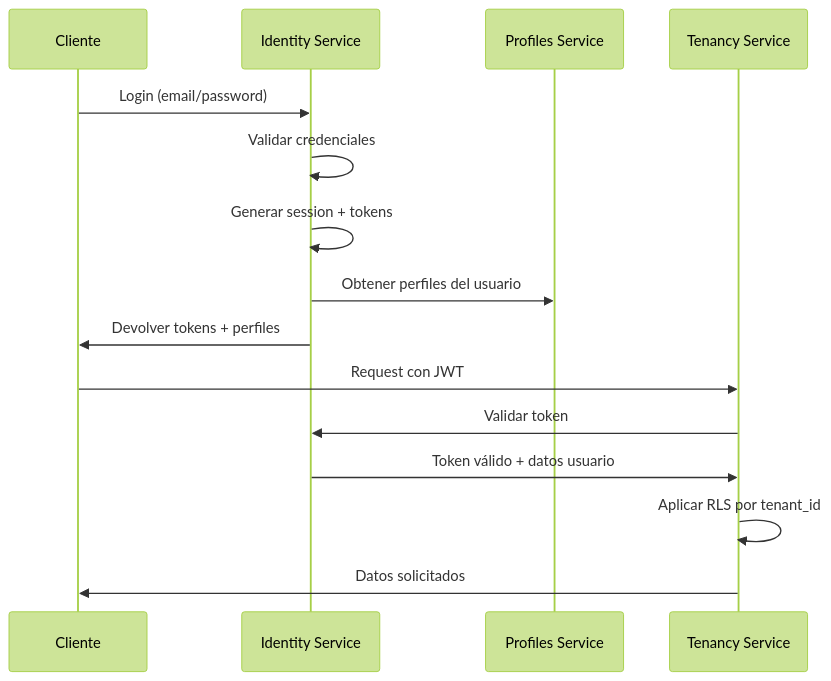
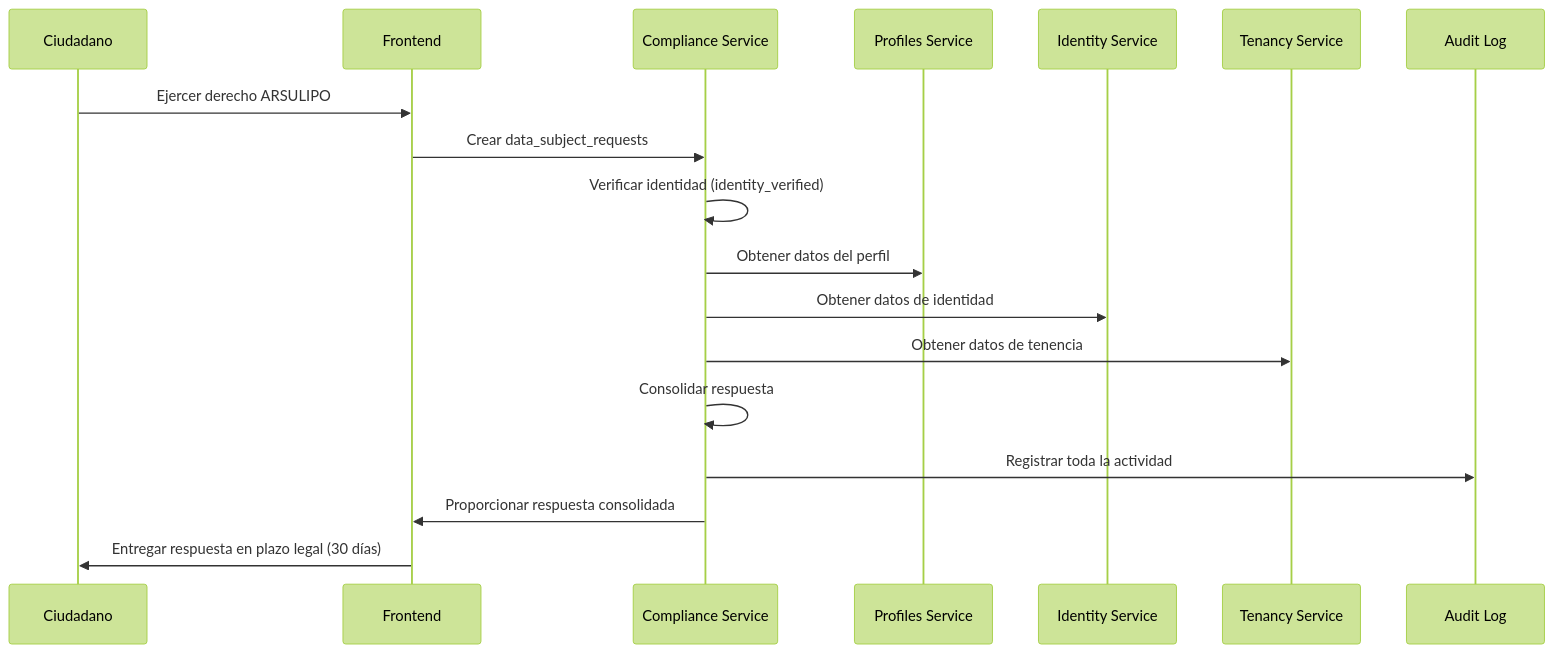
The third of 3 diagrams in 00-Governance/database_arq.md (latamteks-cmyk/SmartEdify_spec), drawn with Mermaid (forest theme) before and after one commit. The commit also changed other lines of this file, not shown here.

````diff
--- a/00-Governance/database_arq.md
+++ b/00-Governance/database_arq.md
@@ -311,19 +625,21 @@
 ```mermaid
 sequenceDiagram
-    participant C as Cliente
-    participant I as Identity Service
-    participant P as Profiles Service
-    participant T as Tenancy Service
+    participant C as Ciudadano
+    participant F as Frontend
+    participant CMP as Compliance Service
+    participant PRF as Profiles Service
+    participant ID as Identity Service
+    participant TNY as Tenancy Service
+    participant AUD as Audit Log
     
-    C->>I: Login (email/password)
-    I->>I: Validar credenciales
-    I->>I: Generar session + tokens
-    I->>P: Obtener perfiles del usuario
-    I->>C: Devolver tokens + perfiles
-    
-    C->>T: Request con JWT
-    T->>I: Validar token
-    I->>T: Token válido + datos usuario
-    T->>T: Aplicar RLS por tenant_id
-    T->>C: Datos solicitados
+    C->>F: Ejercer derecho ARSULIPO
+    F->>CMP: Crear data_subject_requests
+    CMP->>CMP: Verificar identidad (identity_verified)
+    CMP->>PRF: Obtener datos del perfil
+    CMP->>ID: Obtener datos de identidad
+    CMP->>TNY: Obtener datos de tenencia
+    CMP->>CMP: Consolidar respuesta
+    CMP->>AUD: Registrar toda la actividad
+    CMP->>F: Proporcionar respuesta consolidada
+    F->>C: Entregar respuesta en plazo legal (30 días)
 ```
````
